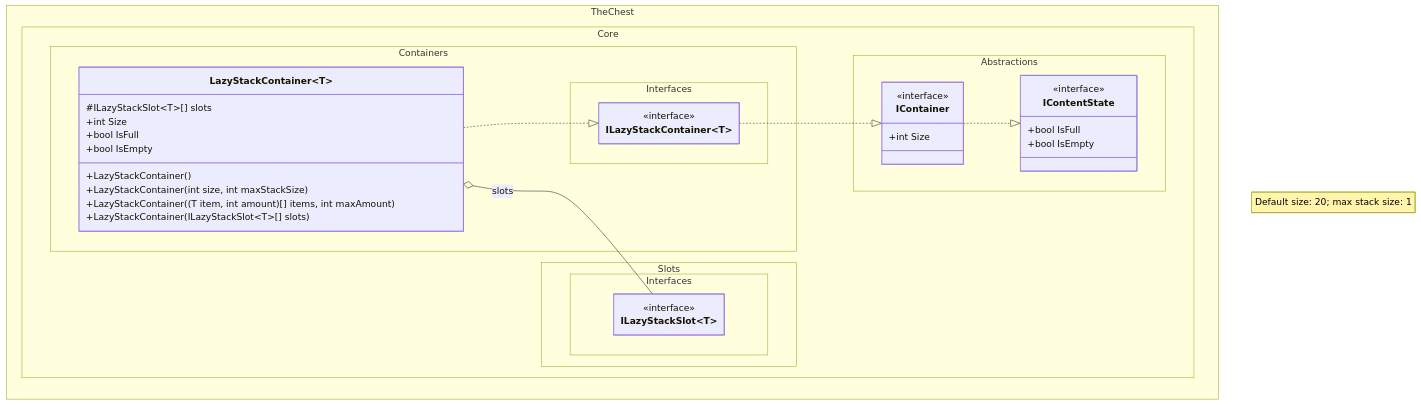
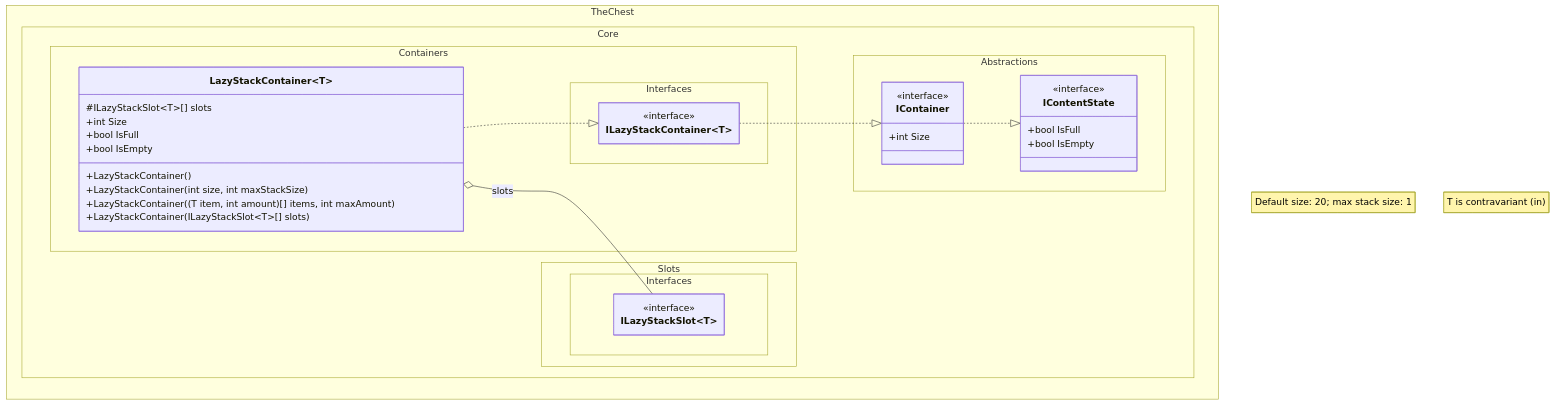
The third of 6 diagrams in docs/class_diagram.md (The-Chest/TheChest.Core), drawn with Mermaid before and after one commit. The commit also changed other lines of this file and 14 other files, not shown here.

First line of the commit message:
Adds IEnumerable implementation StackContainer and improves IContainer implementation

````diff
--- a/docs/class_diagram.md
+++ b/docs/class_diagram.md
@@ -120,49 +128,50 @@
 ```mermaid
 ---
 config:
   theme: mc
   look: classic
   class:
     hideEmptyMembersBox: true
 ---
 classDiagram
 direction BT
     namespace TheChest.Core.Abstractions {
         class IContentState {
             <<interface>>
             +bool IsFull
             +bool IsEmpty
         }
         class IContainer {
             <<interface>>
             +int Size
         }
     }
     namespace TheChest.Core.Containers.Interfaces {
         class ILazyStackContainer~T~ {
             <<interface>>
         }
     }
     namespace TheChest.Core.Slots.Interfaces {
         class ILazyStackSlot~T~ {
             <<interface>>
         }
     }
     namespace TheChest.Core.Containers {
         class LazyStackContainer~T~ {
             #ILazyStackSlot~T~[] slots
             +int Size
             +bool IsFull
             +bool IsEmpty
             +LazyStackContainer()
             +LazyStackContainer(int size, int maxStackSize)
             +LazyStackContainer((T item, int amount)[] items, int maxAmount)
             +LazyStackContainer(ILazyStackSlot~T~[] slots)
         }
     }
     IContainer ..|> IContentState
     ILazyStackContainer~T~ ..|> IContainer
     LazyStackContainer~T~ ..|> ILazyStackContainer~T~
     LazyStackContainer~T~ o-- ILazyStackSlot~T~ : slots
     note for LazyStackContainer~T~ "Default size: 20; max stack size: 1"
+    note for ILazyStackContainer~T~ "T is contravariant (in)"
 ```
````
